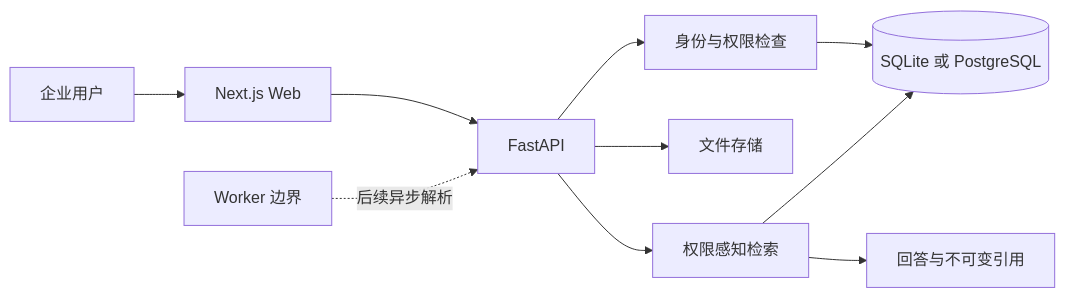
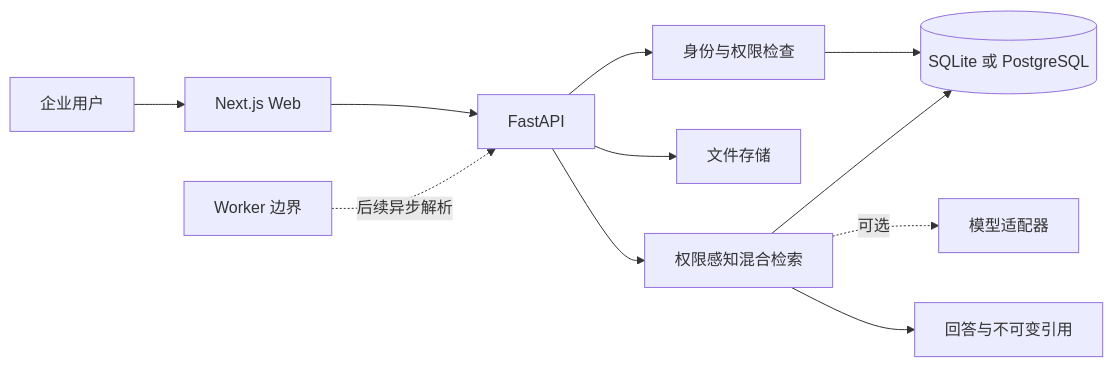
One commit to Astronuts777/enterprise-ai-knowledge-assistant changed the diagram in README.md. Above: the diagram before and after it, drawn with Mermaid. The commit also changed other lines of this file and 17 other files, not shown here.

````diff
--- a/README.md
+++ b/README.md
@@ -57,12 +59,13 @@
 ```mermaid
 flowchart LR
     U[企业用户] --> W[Next.js Web]
     W --> A[FastAPI]
     A --> P[身份与权限检查]
     P --> D[(SQLite 或 PostgreSQL)]
     A --> F[文件存储]
-    A --> R[权限感知检索]
+    A --> R[权限感知混合检索]
     R --> D
+    R -. 可选 .-> M[模型适配器]
     R --> C[回答与不可变引用]
     K[Worker 边界] -. 后续异步解析 .-> A
 ```
````
